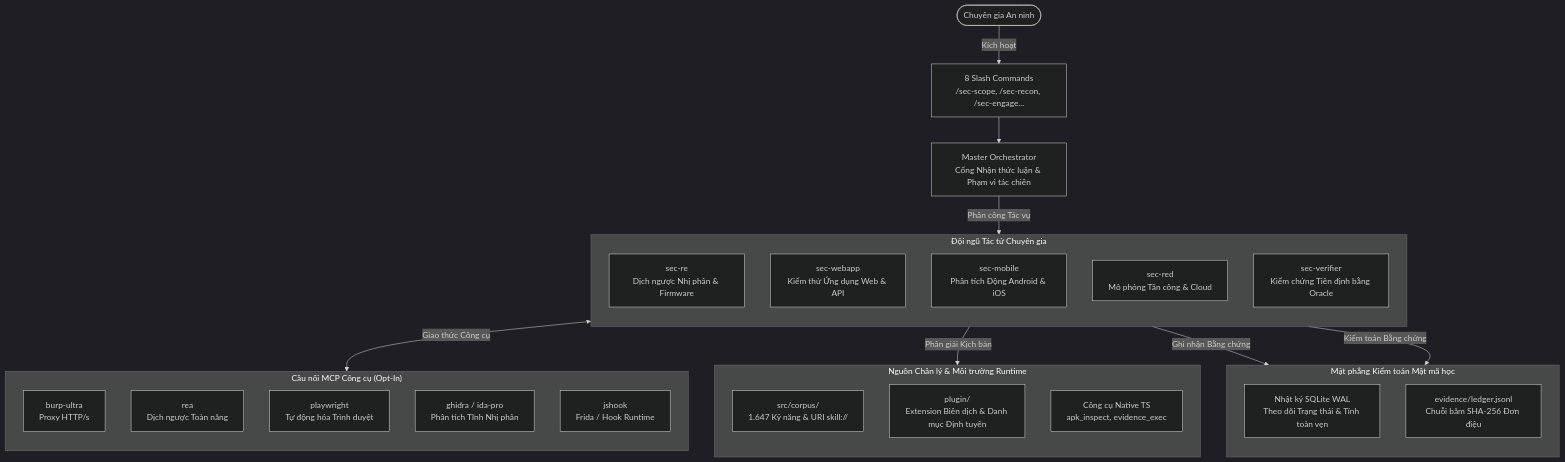
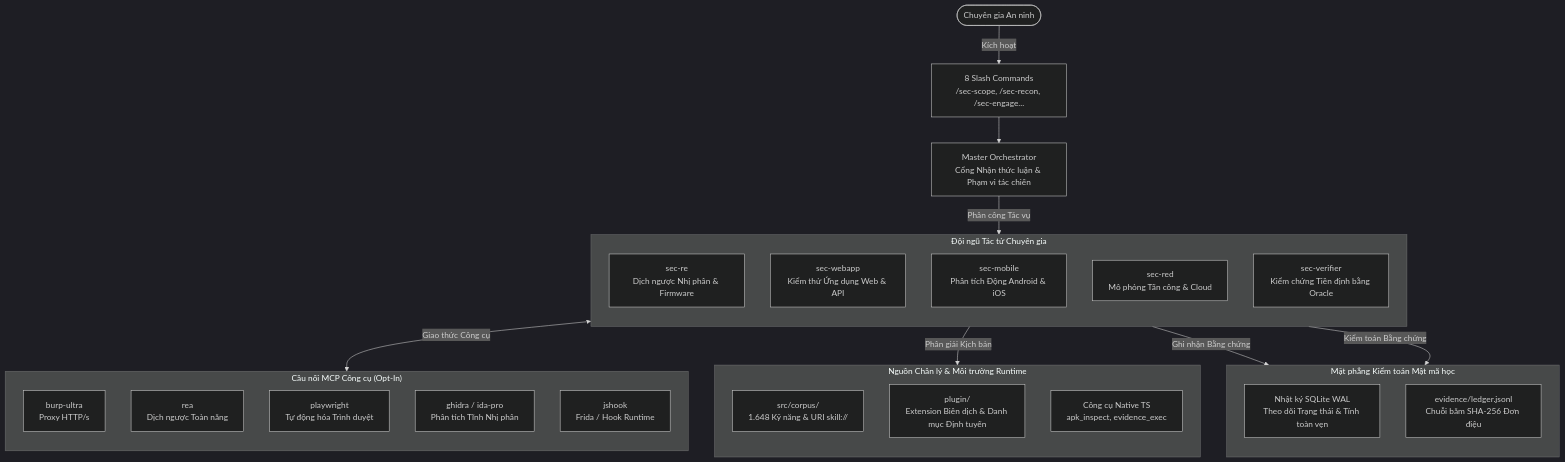
One commit to bitbytelabio/arsenal changed the diagram in README.vi.md. Above: the diagram before and after it, drawn with Mermaid (dark theme). The commit also changed other lines of this file and 2481 other files, not shown here.

Commit message:
fix(corpus): audit and standardize skill references, scripts, links, and ingestion durability

````diff
--- a/README.vi.md
+++ b/README.vi.md
@@ -39,45 +39,45 @@
 ```mermaid
 flowchart TD
     Op([Chuyên gia An ninh]) -->|Kích hoạt| Cmd["8 Slash Commands<br/>/sec-scope, /sec-recon, /sec-engage..."]
     Cmd --> Orchestrator["Master Orchestrator<br/>Cổng Nhận thức luận & Phạm vi tác chiến"]
 
     subgraph Specialists ["Đội ngũ Tác tử Chuyên gia"]
         direction TB
         RE["sec-re<br/>Dịch ngược Nhị phân & Firmware"]
         WA["sec-webapp<br/>Kiểm thử Ứng dụng Web & API"]
         MO["sec-mobile<br/>Phân tích Động Android & iOS"]
         RT["sec-red<br/>Mô phỏng Tấn công & Cloud"]
         VE["sec-verifier<br/>Kiểm chứng Tiền định bằng Oracle"]
     end
 
     Orchestrator -->|Phân công Tác vụ| Specialists
 
     subgraph Bridges ["Cầu nối MCP Công cụ (Opt-In)"]
         direction TB
         B1["burp-ultra<br/>Proxy HTTP/s"]
         B2["rea<br/>Dịch ngược Toàn năng"]
         B3["playwright<br/>Tự động hóa Trình duyệt"]
         B4["ghidra / ida-pro<br/>Phân tích Tĩnh Nhị phân"]
         B5["jshook<br/>Frida / Hook Runtime"]
     end
 
     Specialists <-->|Giao thức Công cụ| Bridges
 
     subgraph CoreEngine ["Nguồn Chân lý & Môi trường Runtime"]
         direction TB
-        Corpus["src/corpus/<br/>1.647 Kỹ năng & URI skill://"]
+        Corpus["src/corpus/<br/>1.648 Kỹ năng & URI skill://"]
         PluginDist["plugin/<br/>Extension Biên dịch & Danh mục Định tuyến"]
         NativeTools["Công cụ Native TS<br/>apk_inspect, evidence_exec"]
     end
 
     Specialists -->|Phân giải Kịch bản| CoreEngine
 
     subgraph EvidenceLedger ["Mặt phẳng Kiểm toán Mật mã học"]
         direction TB
         Journal["Nhật ký SQLite WAL<br/>Theo dõi Trạng thái & Tính toàn vẹn"]
         Ledger["evidence/ledger.jsonl<br/>Chuỗi băm SHA-256 Đơn điệu"]
     end
 
     Specialists -->|Ghi nhận Bằng chứng| EvidenceLedger
     VE -->|Kiểm toán Bằng chứng| EvidenceLedger
 ```
````
